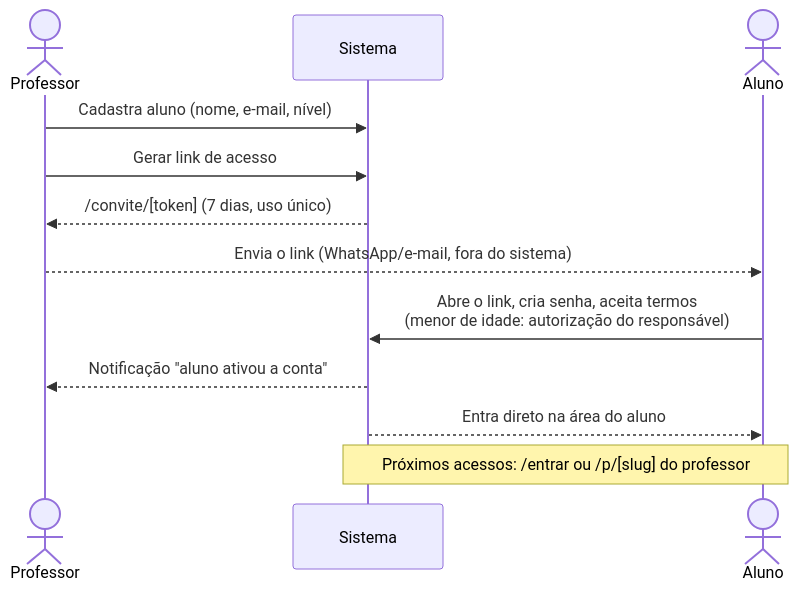
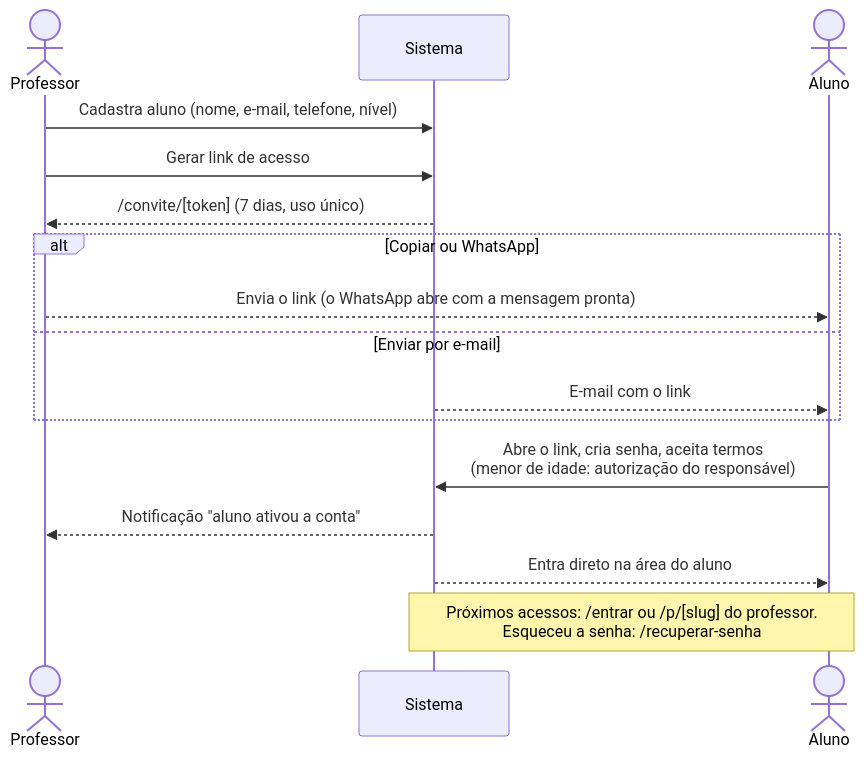
The sixth of 10 diagrams in docs/DIAGRAMA.md (devleandrosilva99/teacher-sarah), drawn with Mermaid before and after one commit. The commit also changed other lines of this file and 3 other files, not shown here.

First line of the commit message:
Fase 2: documentação, diagramas e relatório

````diff
--- a/docs/DIAGRAMA.md
+++ b/docs/DIAGRAMA.md
@@ -190,15 +201,19 @@
 ```mermaid
 sequenceDiagram
     actor Prof as Professor
     participant Sis as Sistema
     actor Al as Aluno
 
-    Prof->>Sis: Cadastra aluno (nome, e-mail, nível)
+    Prof->>Sis: Cadastra aluno (nome, e-mail, telefone, nível)
     Prof->>Sis: Gerar link de acesso
     Sis-->>Prof: /convite/[token] (7 dias, uso único)
-    Prof-->>Al: Envia o link (WhatsApp/e-mail, fora do sistema)
+    alt Copiar ou WhatsApp
+        Prof-->>Al: Envia o link (o WhatsApp abre com a mensagem pronta)
+    else Enviar por e-mail
+        Sis-->>Al: E-mail com o link
+    end
     Al->>Sis: Abre o link, cria senha, aceita termos<br/>(menor de idade: autorização do responsável)
     Sis-->>Prof: Notificação "aluno ativou a conta"
     Sis-->>Al: Entra direto na área do aluno
-    Note over Al,Sis: Próximos acessos: /entrar ou /p/[slug] do professor
+    Note over Al,Sis: Próximos acessos: /entrar ou /p/[slug] do professor.<br/>Esqueceu a senha: /recuperar-senha
 ```
````
